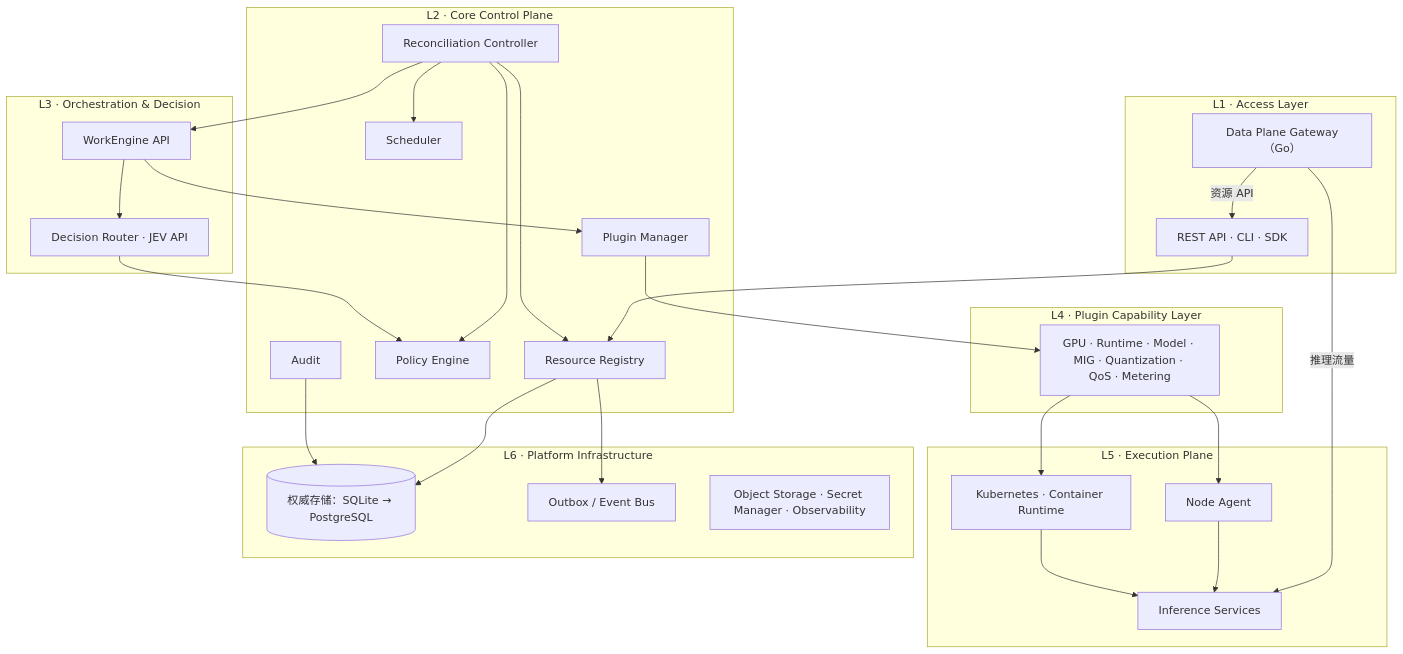
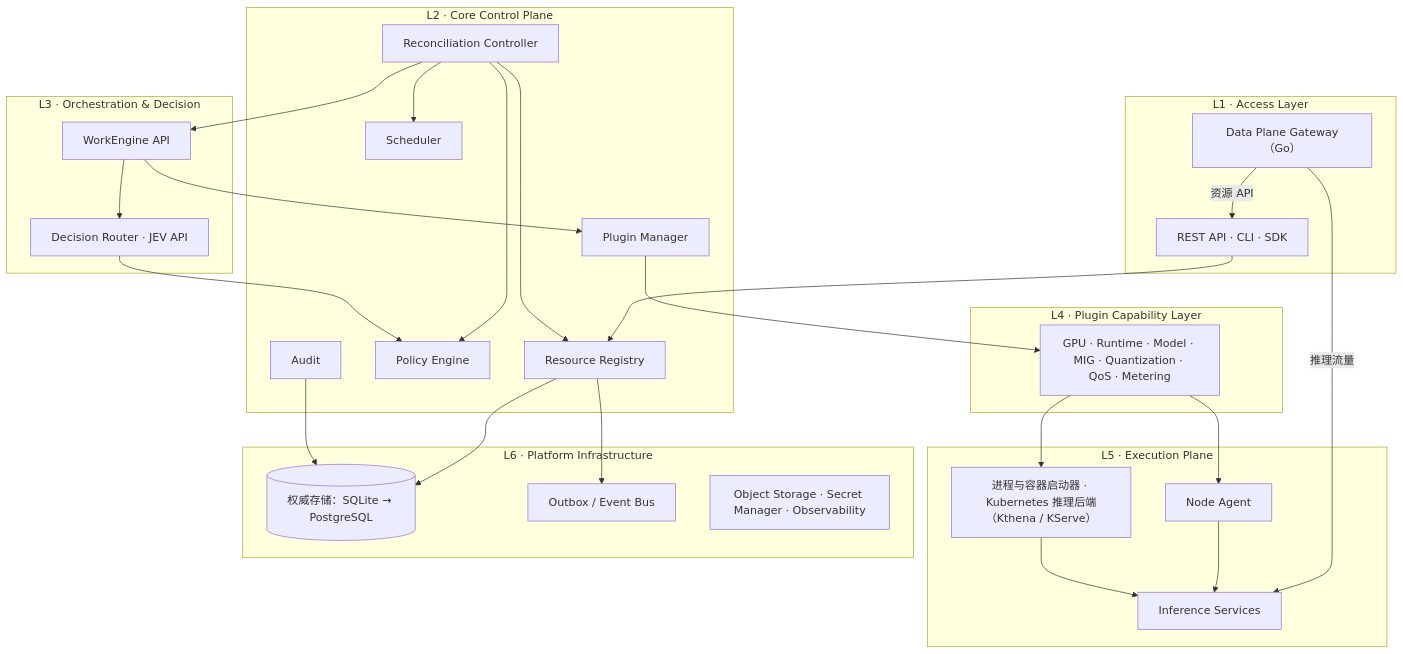
The first of 3 diagrams in docs/architecture/architecture.md (KnightKKOP/ForgeMesh), drawn with Mermaid before and after one commit. The commit also changed other lines of this file, not shown here.

First line of the commit message:
docs(architecture): describe execution backends and model-as-a-service access

````diff
--- a/docs/architecture/architecture.md
+++ b/docs/architecture/architecture.md
@@ -183,50 +184,50 @@
 ```mermaid
 flowchart TB
   subgraph L1["L1 · Access Layer"]
     API["REST API · CLI · SDK"]
     GW["Data Plane Gateway（Go）"]
   end
   subgraph L2["L2 · Core Control Plane"]
     REG["Resource Registry"]
     REC["Reconciliation Controller"]
     POL["Policy Engine"]
     SCH["Scheduler"]
     PM["Plugin Manager"]
     AUD["Audit"]
   end
   subgraph L3["L3 · Orchestration & Decision"]
     WE["WorkEngine API"]
     DR["Decision Router · JEV API"]
   end
   subgraph L4["L4 · Plugin Capability Layer"]
     CAP["GPU · Runtime · Model · MIG · Quantization · QoS · Metering"]
   end
   subgraph L5["L5 · Execution Plane"]
     NA["Node Agent"]
-    RT["Kubernetes · Container Runtime"]
+    RT["进程与容器启动器 · Kubernetes 推理后端（Kthena / KServe）"]
     INS["Inference Services"]
   end
   subgraph L6["L6 · Platform Infrastructure"]
     DB[("权威存储：SQLite → PostgreSQL")]
     OB["Outbox / Event Bus"]
     OBS["Object Storage · Secret Manager · Observability"]
   end
   API --> REG
   GW -->|资源 API| API
   GW -->|推理流量| INS
   REC --> REG
   REC --> POL
   REC --> SCH
   REC --> WE
   WE --> DR
   DR --> POL
   WE --> PM
   PM --> CAP
   CAP --> NA
   CAP --> RT
   NA --> INS
   RT --> INS
   REG --> DB
   REG --> OB
   AUD --> DB
 ```
````
